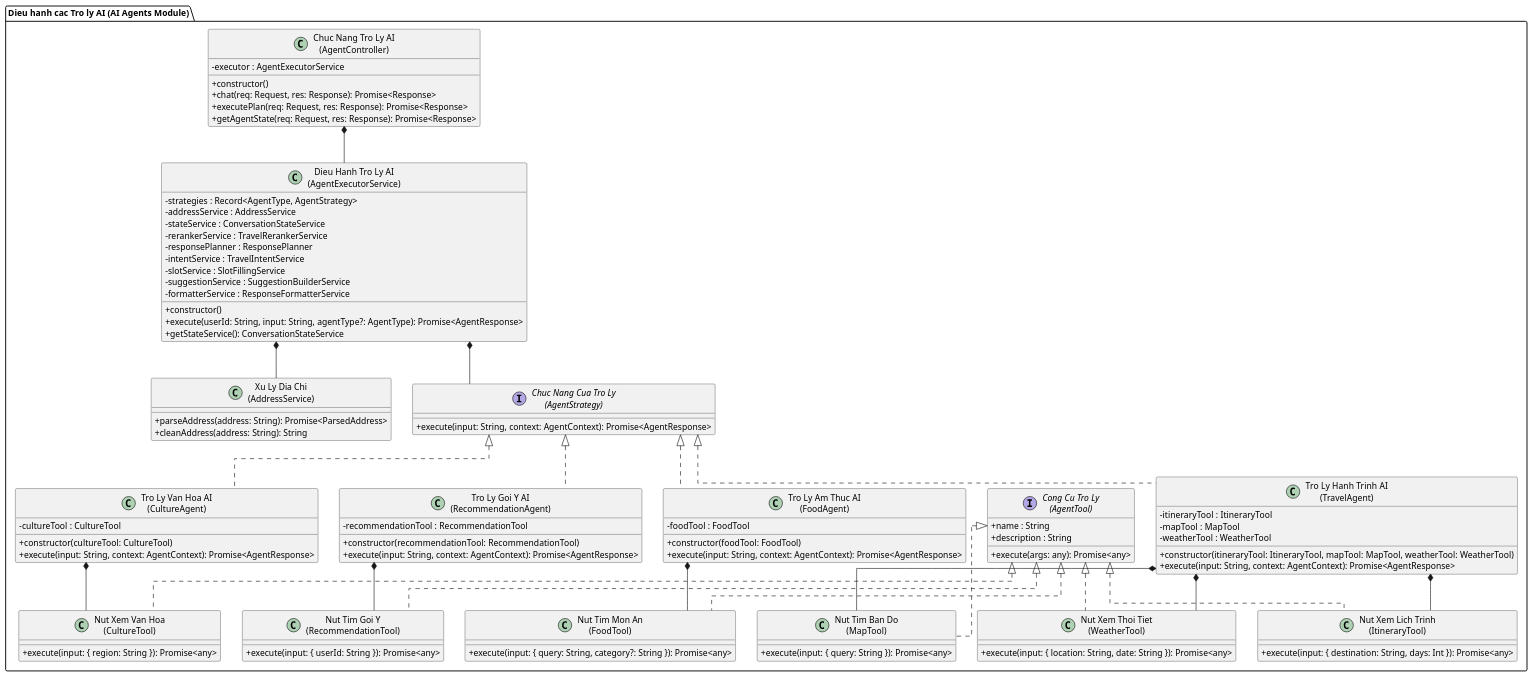
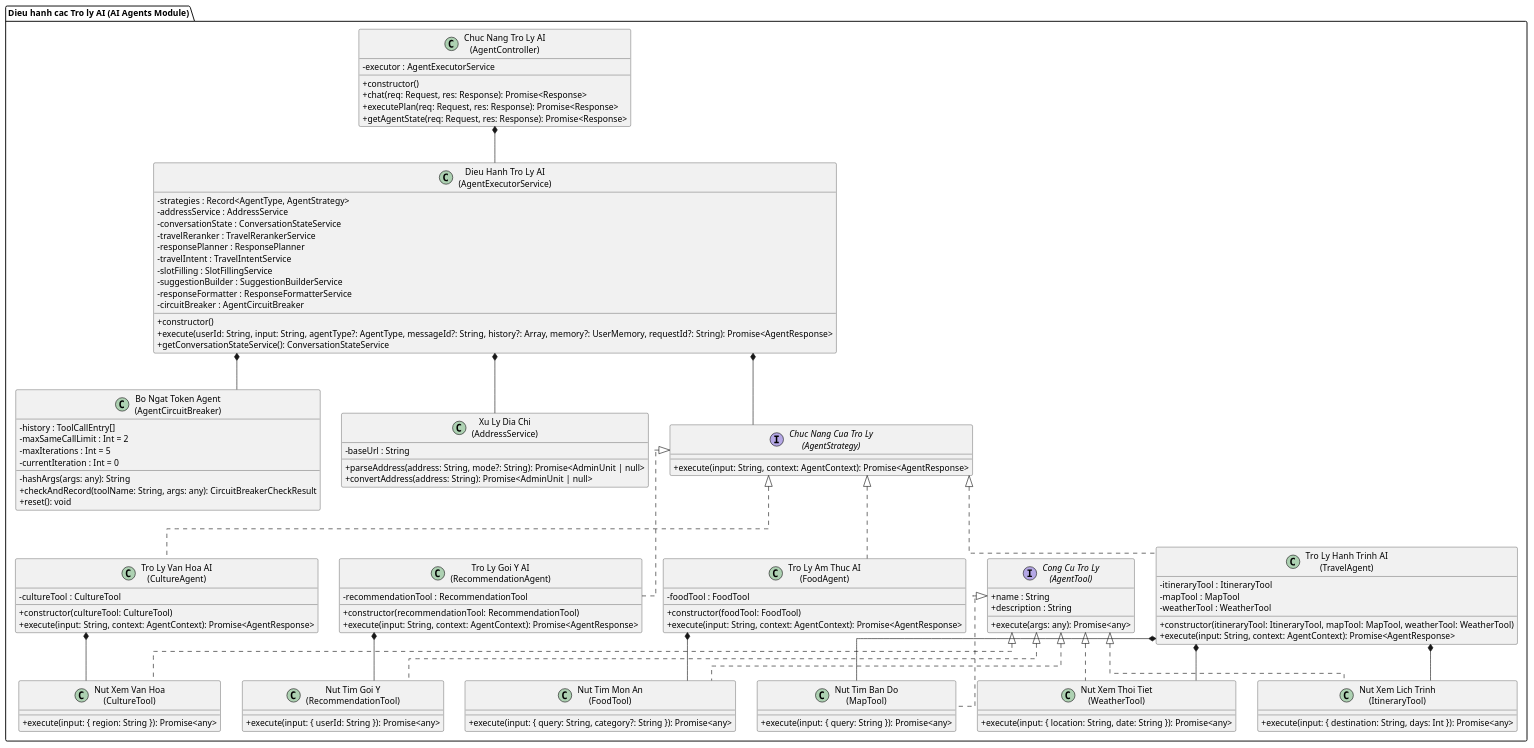
Before and after one commit to ntctuongktpm2211030-crypto/Thuc_Tap_NTD: the diagram in docs/uml/Class/Class_AI_Agents.puml, drawn with PlantUML. The commit also changed 15 other files, not shown here.

```diff
--- a/docs/uml/Class/Class_AI_Agents.puml
+++ b/docs/uml/Class/Class_AI_Agents.puml
@@ -1,109 +1,122 @@
 @startuml Class_AI_Agents
 
 skinparam linetype ortho
 skinparam classAttributeIconSize 0
 
 package "Dieu hanh cac Tro ly AI (AI Agents Module)" {
 
   class "Chuc Nang Tro Ly AI\n(AgentController)" as AgentController {
     - executor : AgentExecutorService
     + constructor()
     + chat(req: Request, res: Response): Promise<Response>
     + executePlan(req: Request, res: Response): Promise<Response>
     + getAgentState(req: Request, res: Response): Promise<Response>
   }
 
   class "Dieu Hanh Tro Ly AI\n(AgentExecutorService)" as AgentExecutorService {
     - strategies : Record<AgentType, AgentStrategy>
     - addressService : AddressService
-    - stateService : ConversationStateService
-    - rerankerService : TravelRerankerService
+    - conversationState : ConversationStateService
+    - travelReranker : TravelRerankerService
     - responsePlanner : ResponsePlanner
-    - intentService : TravelIntentService
-    - slotService : SlotFillingService
-    - suggestionService : SuggestionBuilderService
-    - formatterService : ResponseFormatterService
+    - travelIntent : TravelIntentService
+    - slotFilling : SlotFillingService
+    - suggestionBuilder : SuggestionBuilderService
+    - responseFormatter : ResponseFormatterService
+    - circuitBreaker : AgentCircuitBreaker
     + constructor()
-    + execute(userId: String, input: String, agentType?: AgentType): Promise<AgentResponse>
-    + getStateService(): ConversationStateService
+    + execute(userId: String, input: String, agentType?: AgentType, messageId?: String, history?: Array, memory?: UserMemory, requestId?: String): Promise<AgentResponse>
+    + getConversationStateService(): ConversationStateService
+  }
+
+  class "Bo Ngat Token Agent\n(AgentCircuitBreaker)" as AgentCircuitBreaker {
+    - history : ToolCallEntry[]
+    - maxSameCallLimit : Int = 2
+    - maxIterations : Int = 5
+    - currentIteration : Int = 0
+    - hashArgs(args: any): String
+    + checkAndRecord(toolName: String, args: any): CircuitBreakerCheckResult
+    + reset(): void
   }
 
   class "Xu Ly Dia Chi\n(AddressService)" as AddressService {
-    + parseAddress(address: String): Promise<ParsedAddress>
-    + cleanAddress(address: String): String
+    - baseUrl : String
+    + parseAddress(address: String, mode?: String): Promise<AdminUnit | null>
+    + convertAddress(address: String): Promise<AdminUnit | null>
   }
 
   interface "Chuc Nang Cua Tro Ly\n(AgentStrategy)" as AgentStrategy {
     + execute(input: String, context: AgentContext): Promise<AgentResponse>
   }
 
   class "Tro Ly Hanh Trinh AI\n(TravelAgent)" as TravelAgent implements AgentStrategy {
     - itineraryTool : ItineraryTool
     - mapTool : MapTool
     - weatherTool : WeatherTool
     + constructor(itineraryTool: ItineraryTool, mapTool: MapTool, weatherTool: WeatherTool)
     + execute(input: String, context: AgentContext): Promise<AgentResponse>
   }
 
   class "Tro Ly Am Thuc AI\n(FoodAgent)" as FoodAgent implements AgentStrategy {
     - foodTool : FoodTool
     + constructor(foodTool: FoodTool)
     + execute(input: String, context: AgentContext): Promise<AgentResponse>
   }
 
   class "Tro Ly Van Hoa AI\n(CultureAgent)" as CultureAgent implements AgentStrategy {
     - cultureTool : CultureTool
     + constructor(cultureTool: CultureTool)
     + execute(input: String, context: AgentContext): Promise<AgentResponse>
   }
 
   class "Tro Ly Goi Y AI\n(RecommendationAgent)" as RecommendationAgent implements AgentStrategy {
     - recommendationTool : RecommendationTool
     + constructor(recommendationTool: RecommendationTool)
     + execute(input: String, context: AgentContext): Promise<AgentResponse>
   }
 
   ' ─── AGENT TOOLS ───
   interface "Cong Cu Tro Ly\n(AgentTool)" as AgentTool {
     + name : String
     + description : String
     + execute(args: any): Promise<any>
   }
 
   class "Nut Tim Ban Do\n(MapTool)" as MapTool implements AgentTool {
     + execute(input: { query: String }): Promise<any>
   }
 
   class "Nut Xem Thoi Tiet\n(WeatherTool)" as WeatherTool implements AgentTool {
     + execute(input: { location: String, date: String }): Promise<any>
   }
 
   class "Nut Tim Mon An\n(FoodTool)" as FoodTool implements AgentTool {
     + execute(input: { query: String, category?: String }): Promise<any>
   }
 
   class "Nut Xem Van Hoa\n(CultureTool)" as CultureTool implements AgentTool {
     + execute(input: { region: String }): Promise<any>
   }
 
   class "Nut Tim Goi Y\n(RecommendationTool)" as RecommendationTool implements AgentTool {
     + execute(input: { userId: String }): Promise<any>
   }
 
   class "Nut Xem Lich Trinh\n(ItineraryTool)" as ItineraryTool implements AgentTool {
     + execute(input: { destination: String, days: Int }): Promise<any>
   }
 }
 
 AgentController *-- AgentExecutorService
 AgentExecutorService *-- AddressService
+AgentExecutorService *-- AgentCircuitBreaker
 AgentExecutorService *-- AgentStrategy
 
 TravelAgent *-- ItineraryTool
 TravelAgent *-- MapTool
 TravelAgent *-- WeatherTool
 FoodAgent *-- FoodTool
 CultureAgent *-- CultureTool
 RecommendationAgent *-- RecommendationTool
 
 @enduml
```
